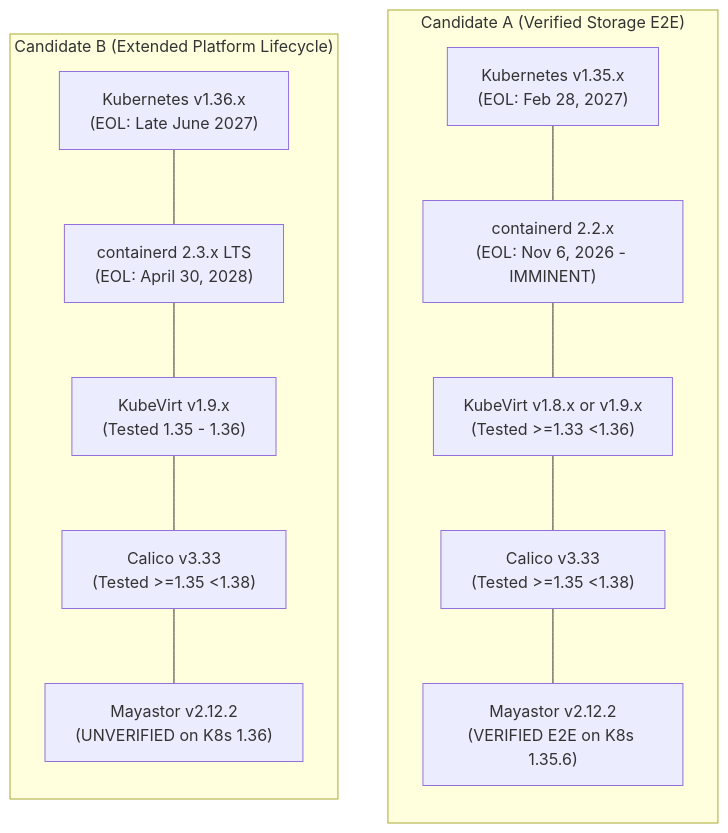
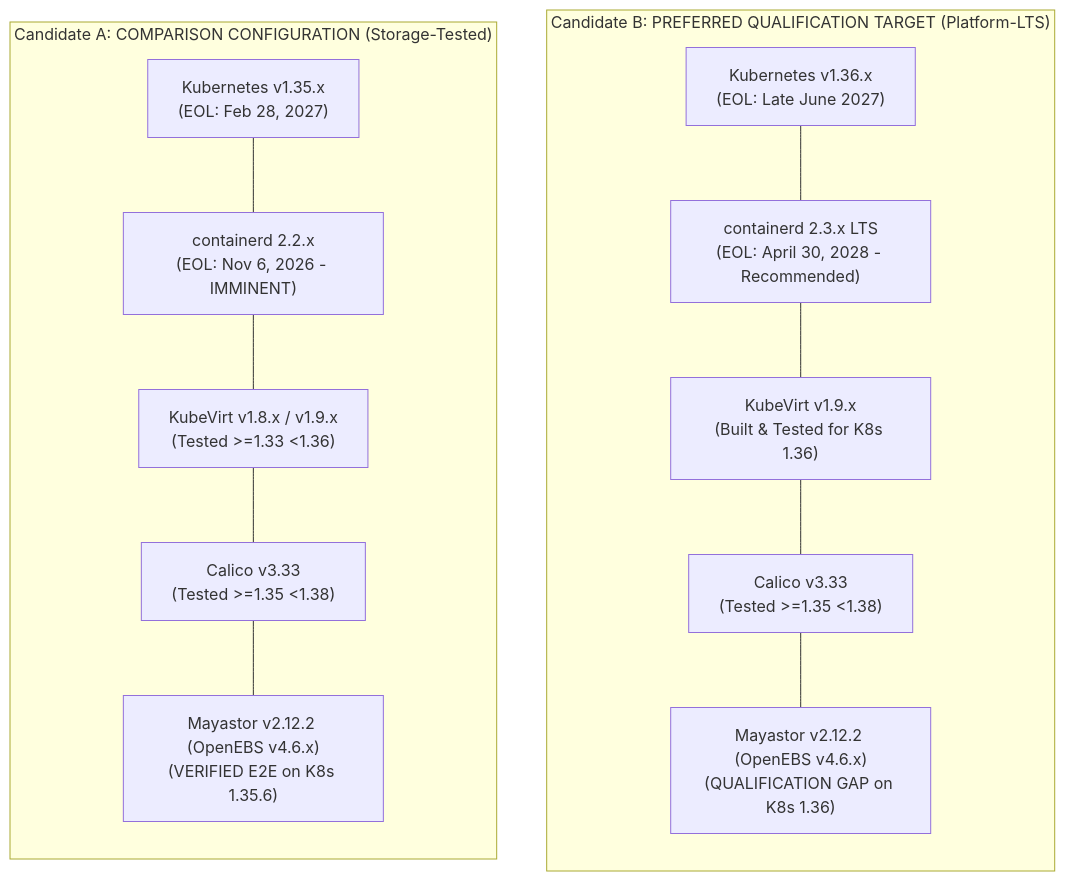
One commit to Swapnil220705/k8s-high-performance-storage changed the diagram in docs/compatibility-matrix.md. Above: the diagram before and after it, drawn with Mermaid. The commit also changed other lines of this file, not shown here.

Commit message:
docs: establish candidate b as preferred baseline and verify openebs chart mapping

````diff
--- a/docs/compatibility-matrix.md
+++ b/docs/compatibility-matrix.md
@@ -94,22 +95,22 @@
 ```mermaid
 flowchart TD
-    subgraph CandA["Candidate A (Verified Storage E2E)"]
+    subgraph CandB["Candidate B: PREFERRED QUALIFICATION TARGET (Platform-LTS)"]
+        direction TB
+        K8sB["Kubernetes v1.36.x<br/>(EOL: Late June 2027)"]
+        CRIB["containerd 2.3.x LTS<br/>(EOL: April 30, 2028 - Recommended)"]
+        KVB["KubeVirt v1.9.x<br/>(Built & Tested for K8s 1.36)"]
+        CalB["Calico v3.33<br/>(Tested >=1.35 <1.38)"]
+        MSB["Mayastor v2.12.2 (OpenEBS v4.6.x)<br/>(QUALIFICATION GAP on K8s 1.36)"]
+        K8sB --- CRIB --- KVB --- CalB --- MSB
+    end
+
+    subgraph CandA["Candidate A: COMPARISON CONFIGURATION (Storage-Tested)"]
         direction TB
         K8sA["Kubernetes v1.35.x<br/>(EOL: Feb 28, 2027)"]
         CRIA["containerd 2.2.x<br/>(EOL: Nov 6, 2026 - IMMINENT)"]
-        KVA["KubeVirt v1.8.x or v1.9.x<br/>(Tested >=1.33 <1.36)"]
+        KVA["KubeVirt v1.8.x / v1.9.x<br/>(Tested >=1.33 <1.36)"]
         CalA["Calico v3.33<br/>(Tested >=1.35 <1.38)"]
-        MSA["Mayastor v2.12.2<br/>(VERIFIED E2E on K8s 1.35.6)"]
+        MSA["Mayastor v2.12.2 (OpenEBS v4.6.x)<br/>(VERIFIED E2E on K8s 1.35.6)"]
         K8sA --- CRIA --- KVA --- CalA --- MSA
     end
-
-    subgraph CandB["Candidate B (Extended Platform Lifecycle)"]
-        direction TB
-        K8sB["Kubernetes v1.36.x<br/>(EOL: Late June 2027)"]
-        CRIB["containerd 2.3.x LTS<br/>(EOL: April 30, 2028)"]
-        KVB["KubeVirt v1.9.x<br/>(Tested 1.35 - 1.36)"]
-        CalB["Calico v3.33<br/>(Tested >=1.35 <1.38)"]
-        MSB["Mayastor v2.12.2<br/>(UNVERIFIED on K8s 1.36)"]
-        K8sB --- CRIB --- KVB --- CalB --- MSB
-    end
 ```
````
